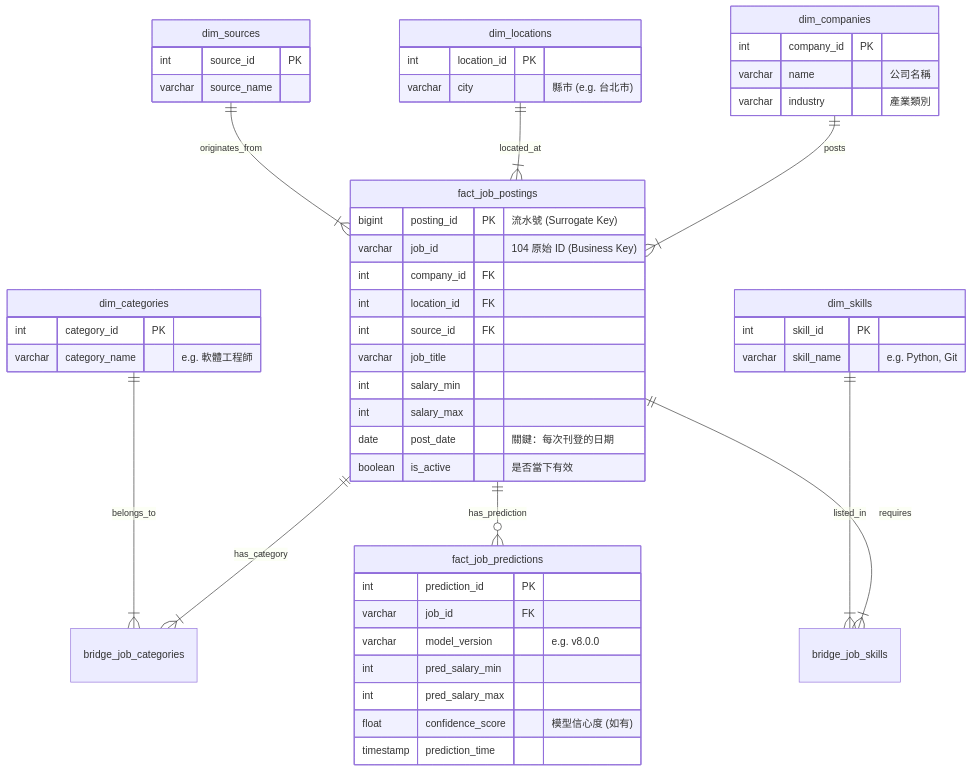
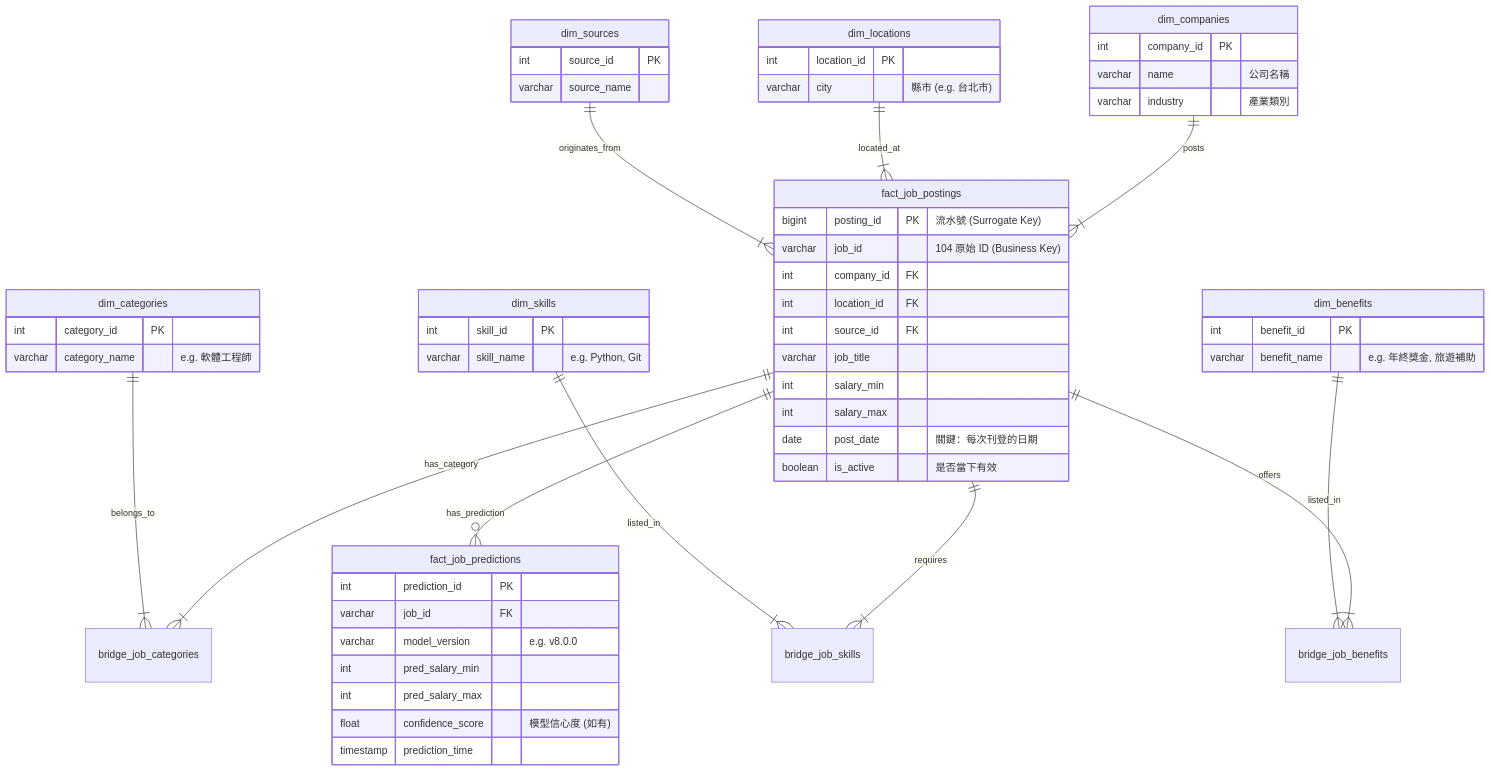
The diagram in 104_jobdata_crawler_final/database_schema_design.md (DataSideProject/WLS), drawn with Mermaid before and after one commit. The commit also changed other lines of this file, not shown here.

````diff
--- a/104_jobdata_crawler_final/database_schema_design.md
+++ b/104_jobdata_crawler_final/database_schema_design.md
@@ -15,73 +15,82 @@
 ```mermaid
 erDiagram
     %% 核心事實表 (Fact Table)
     %% 改用 Surrogate Key (posting_id) 作為 PK，允許同一 job_id 在不同日期重複出現
     fact_job_postings {
         bigint posting_id PK "流水號 (Surrogate Key)"
         varchar job_id "104 原始 ID (Business Key)"
         int company_id FK
         int location_id FK
         int source_id FK
         varchar job_title
         int salary_min
         int salary_max
         date post_date "關鍵：每次刊登的日期"
         boolean is_active "是否當下有效"
     }
 
     %% 維度表：公司
     dim_companies {
         int company_id PK
         varchar name "公司名稱"
         varchar industry "產業類別"
     }
 
     %% 維度表：地區
     dim_locations {
         int location_id PK
         varchar city "縣市 (e.g. 台北市)"
     }
 
     %% 維度表：職務類別 (參考 104 分類)
     dim_categories {
         int category_id PK
         varchar category_name "e.g. 軟體工程師"
     }
 
     %% 維度表：技能 (包含 Tools 與 Work Skills)
     dim_skills {
         int skill_id PK
         varchar skill_name "e.g. Python, Git"
     }
 
     %% 維度表：來源 (104, CakeResume)
     dim_sources {
         int source_id PK
         varchar source_name
     }
 
+    %% 維度表：公司福利 (Tags)
+    dim_benefits {
+        int benefit_id PK
+        varchar benefit_name "e.g. 年終獎金, 旅遊補助"
+    }
+
     %% 預測結果事實表 (MLOps)
     fact_job_predictions {
         int prediction_id PK
         varchar job_id FK
         varchar model_version "e.g. v8.0.0"
         int pred_salary_min
         int pred_salary_max
         float confidence_score "模型信心度 (如有)"
         timestamp prediction_time
     }
 
     %% 關聯 (Relationships)
     dim_companies ||--|{ fact_job_postings : "posts"
     dim_locations ||--|{ fact_job_postings : "located_at"
     dim_sources   ||--|{ fact_job_postings : "originates_from"
 
     %% 多對多關聯 (Bridge Tables)
     fact_job_postings ||--|{ bridge_job_categories : "has_category"
     dim_categories ||--|{ bridge_job_categories : "belongs_to"
 
     fact_job_postings ||--|{ bridge_job_skills : "requires"
     dim_skills ||--|{ bridge_job_skills : "listed_in"
 
+    fact_job_postings ||--|{ bridge_job_benefits : "offers"
+    dim_benefits ||--|{ bridge_job_benefits : "listed_in"
+
     fact_job_postings ||--o{ fact_job_predictions : "has_prediction"
 ```
````
